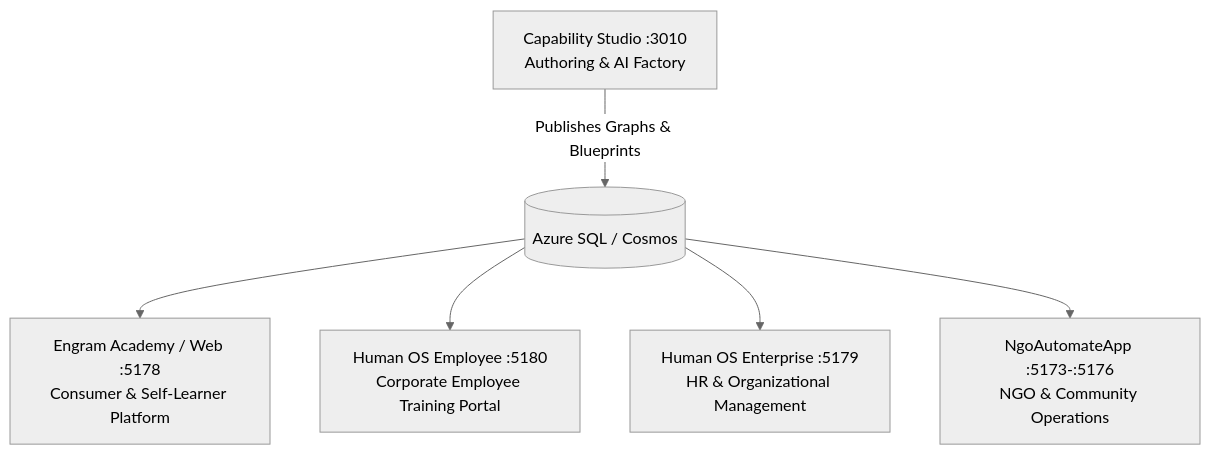
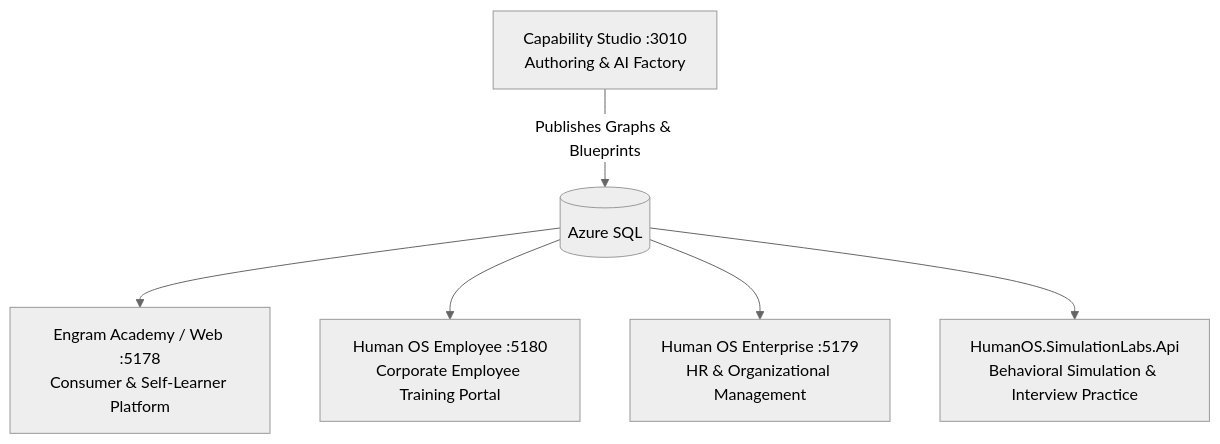
The second of 9 diagrams in ENGRAMS_SYSTEM_ARCHITECTURE.md (flatluna/humanos), drawn with Mermaid (neutral theme) before and after one commit. The commit also changed other lines of this file and 52 other files, not shown here.

````diff
--- a/ENGRAMS_SYSTEM_ARCHITECTURE.md
+++ b/ENGRAMS_SYSTEM_ARCHITECTURE.md
@@ -12,8 +84,8 @@
 ```mermaid
 graph TD
-    Studio[Capability Studio :3010<br/>Authoring & AI Factory] -->|Publishes Graphs & Blueprints| DB[(Azure SQL / Cosmos)]
+    Studio[Capability Studio :3010<br/>Authoring & AI Factory] -->|Publishes Graphs & Blueprints| DB[(Azure SQL)]
     DB --> Web[Engram Academy / Web :5178<br/>Consumer & Self-Learner Platform]
     DB --> Employee[Human OS Employee :5180<br/>Corporate Employee Training Portal]
     DB --> Enterprise[Human OS Enterprise :5179<br/>HR & Organizational Management]
-    DB --> NGO[NgoAutomateApp :5173-:5176<br/>NGO & Community Operations]
+    DB --> Labs[HumanOS.SimulationLabs.Api<br/>Behavioral Simulation & Interview Practice]
 ```
````
